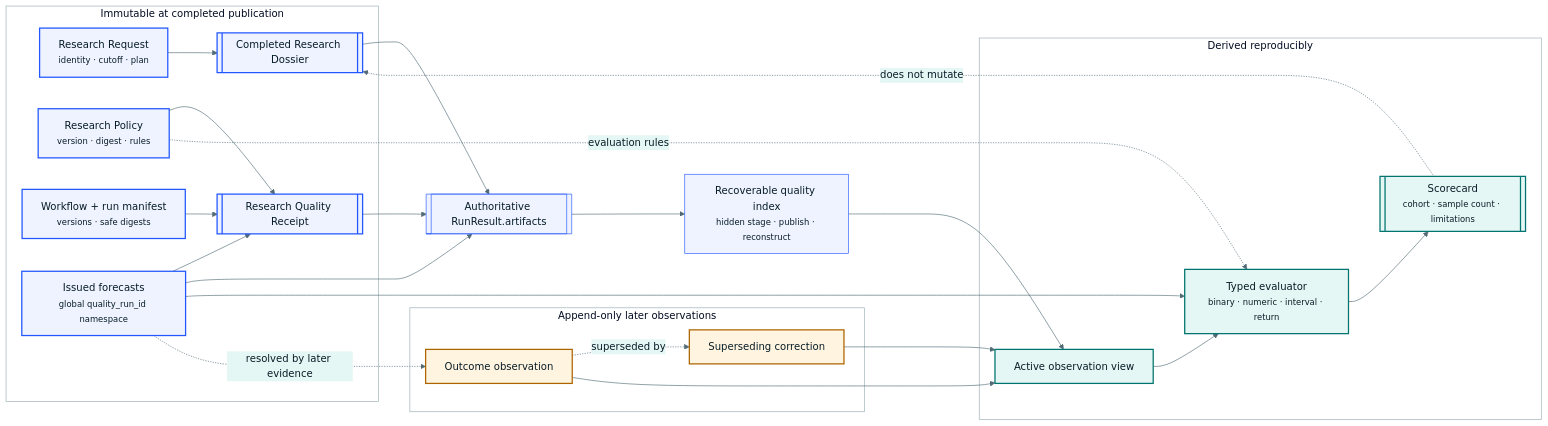
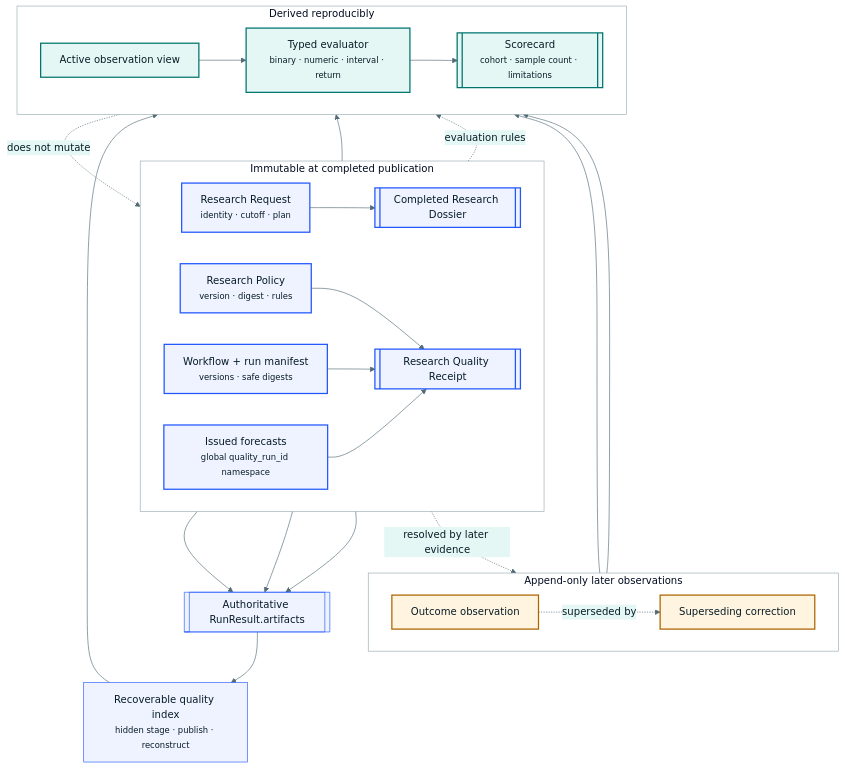
Before and after one commit to harshitagarwal2/StockResearchAgents: the diagram in docs/diagrams/research-quality-lineage.mmd, drawn with Mermaid. The commit also changed 30 other files, not shown here.

Commit message:
docs: improve architecture diagrams for GitHub

```diff
--- a/docs/diagrams/research-quality-lineage.mmd
+++ b/docs/diagrams/research-quality-lineage.mmd
@@ -1,53 +1,56 @@
-%%{init: {"theme":"base","themeVariables":{"fontFamily":"Avenir Next, Segoe UI, sans-serif","primaryColor":"#eef3ff","primaryTextColor":"#071c26","primaryBorderColor":"#2257ff","lineColor":"#516a75","secondaryColor":"#e5f7f5","tertiaryColor":"#fff4df","background":"#f5f8f9","clusterBkg":"#ffffff","clusterBorder":"#96aab2"},"flowchart":{"curve":"basis","htmlLabels":true}}}%%
-flowchart LR
+%%{init: {"theme":"base","fontFamily":"Avenir Next, Segoe UI, sans-serif","themeVariables":{"fontFamily":"Avenir Next, Segoe UI, sans-serif","primaryColor":"#eef3ff","primaryTextColor":"#071c26","primaryBorderColor":"#2257ff","lineColor":"#516a75","secondaryColor":"#e5f7f5","tertiaryColor":"#fff4df","background":"#f5f8f9","clusterBkg":"#ffffff","clusterBorder":"#96aab2"},"flowchart":{"curve":"basis","htmlLabels":true}}}%%
+flowchart TB
   accTitle: Research Quality information lineage
   accDescr: Canonical RunResult artifacts contain issued forecasts and the quality receipt. A recoverable index is derived from them. Later outcomes are append-only and scorecards never mutate the completed result.
 
   subgraph I["Immutable at completed publication"]
+    direction LR
     R["Research Request<br/><small>identity · cutoff · plan</small>"]
     P["Research Policy<br/><small>version · digest · rules</small>"]
     W["Workflow + run manifest<br/><small>versions · safe digests</small>"]
     F["Issued forecasts<br/><small>global quality_run_id namespace</small>"]
     D[["Completed Research Dossier"]]
     Q[["Research Quality Receipt"]]
     R --> D
     P --> Q
     W --> Q
     F --> Q
   end
 
   A[["Authoritative RunResult.artifacts"]]
   D --> A
   Q --> A
   F --> A
 
   IDX["Recoverable quality index<br/><small>hidden stage · publish · reconstruct</small>"]
   A --> IDX
 
   subgraph O["Append-only later observations"]
+    direction LR
     OBS["Outcome observation"]
     CORR["Superseding correction"]
     OBS -. superseded by .-> CORR
   end
 
   subgraph E["Derived reproducibly"]
+    direction LR
     ACTIVE["Active observation view"]
     SCORE["Typed evaluator<br/><small>binary · numeric · interval · return</small>"]
     CARD[["Scorecard<br/><small>cohort · sample count · limitations</small>"]]
     ACTIVE --> SCORE --> CARD
   end
 
   F --> SCORE
   F -. resolved by later evidence .-> OBS
   OBS --> ACTIVE
   CORR --> ACTIVE
   P -. evaluation rules .-> SCORE
   CARD -. does not mutate .-> D
   IDX --> ACTIVE
 
   classDef immutable fill:#eef3ff,stroke:#2257ff,color:#071c26,stroke-width:2px;
   classDef append fill:#fff4df,stroke:#ad6500,color:#071c26,stroke-width:2px;
   classDef derived fill:#e5f7f5,stroke:#00746e,color:#071c26,stroke-width:2px;
   class R,P,W,F,D,Q immutable;
   class OBS,CORR append;
   class ACTIVE,SCORE,CARD derived;
```
